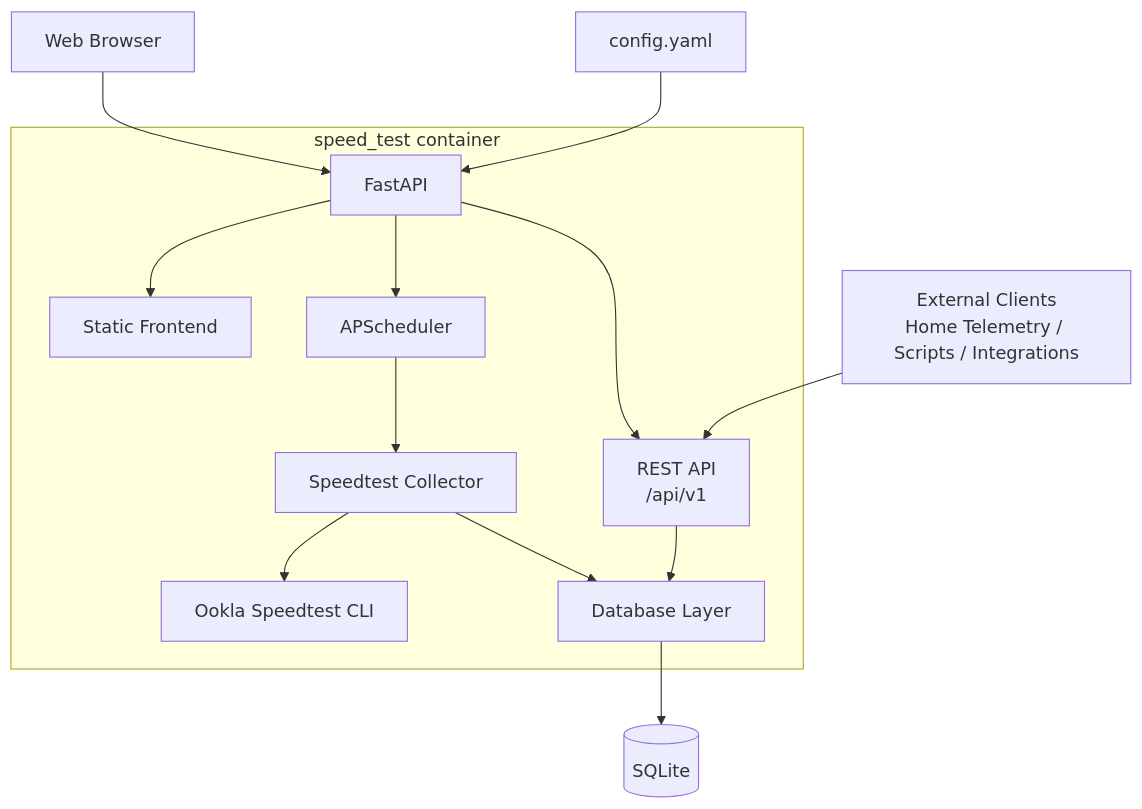
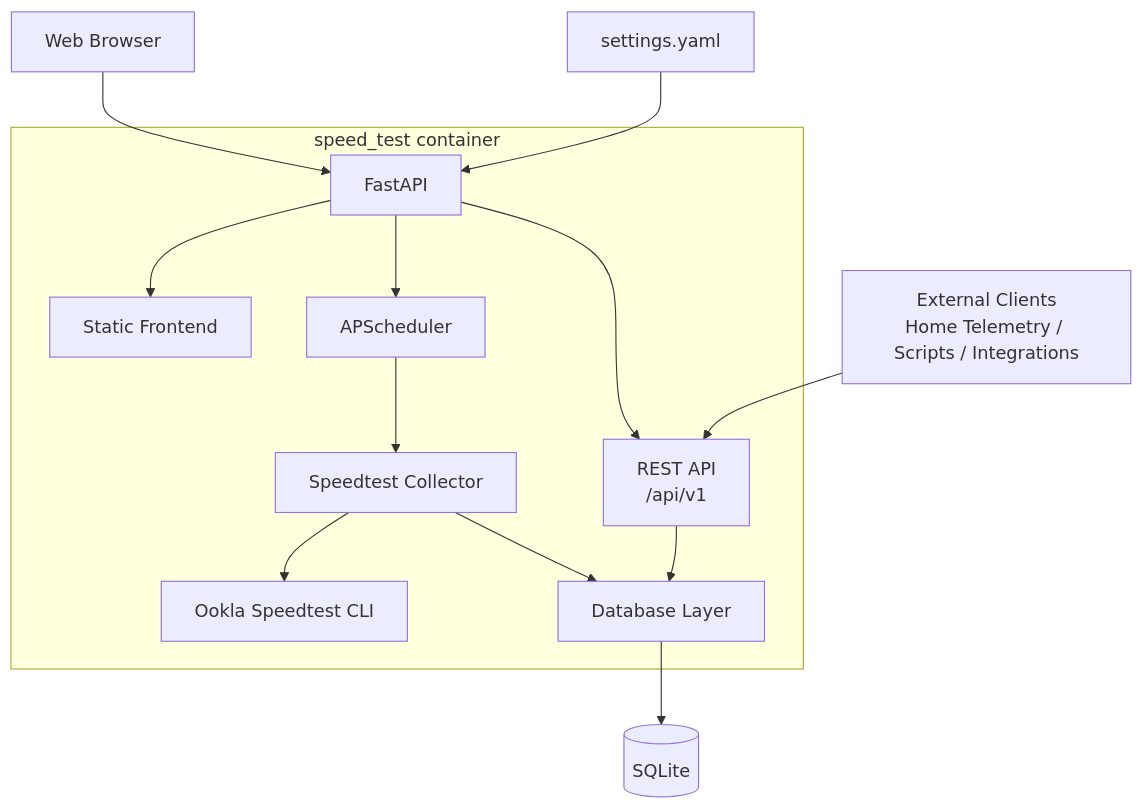
Before and after one commit to cristianCanek/speed_test: the fifth of 5 diagrams in ROADMAP.md, drawn with Mermaid. The commit also changed other lines of this file and 6 other files, not shown here.

````diff
--- a/ROADMAP.md
+++ b/ROADMAP.md
@@ -446,33 +455,33 @@
 ```mermaid
 flowchart TB
     Browser["Web Browser"]
     External["External Clients<br/>Home Telemetry / Scripts / Integrations"]
 
     subgraph Container["speed_test container"]
         FastAPI["FastAPI"]
         Frontend["Static Frontend"]
         API["REST API<br/>/api/v1"]
         Scheduler["APScheduler"]
         Collector["Speedtest Collector"]
         Ookla["Ookla Speedtest CLI"]
         Database["Database Layer"]
 
         FastAPI --> Frontend
         FastAPI --> API
         FastAPI --> Scheduler
         Scheduler --> Collector
         Collector --> Ookla
         Collector --> Database
         API --> Database
     end
 
     SQLite[("SQLite")]
-    Config["config.yaml"]
+    Config["settings.yaml"]
 
     Browser --> FastAPI
     External --> API
 
     Database --> SQLite
 
     Config --> FastAPI
 ```
````
